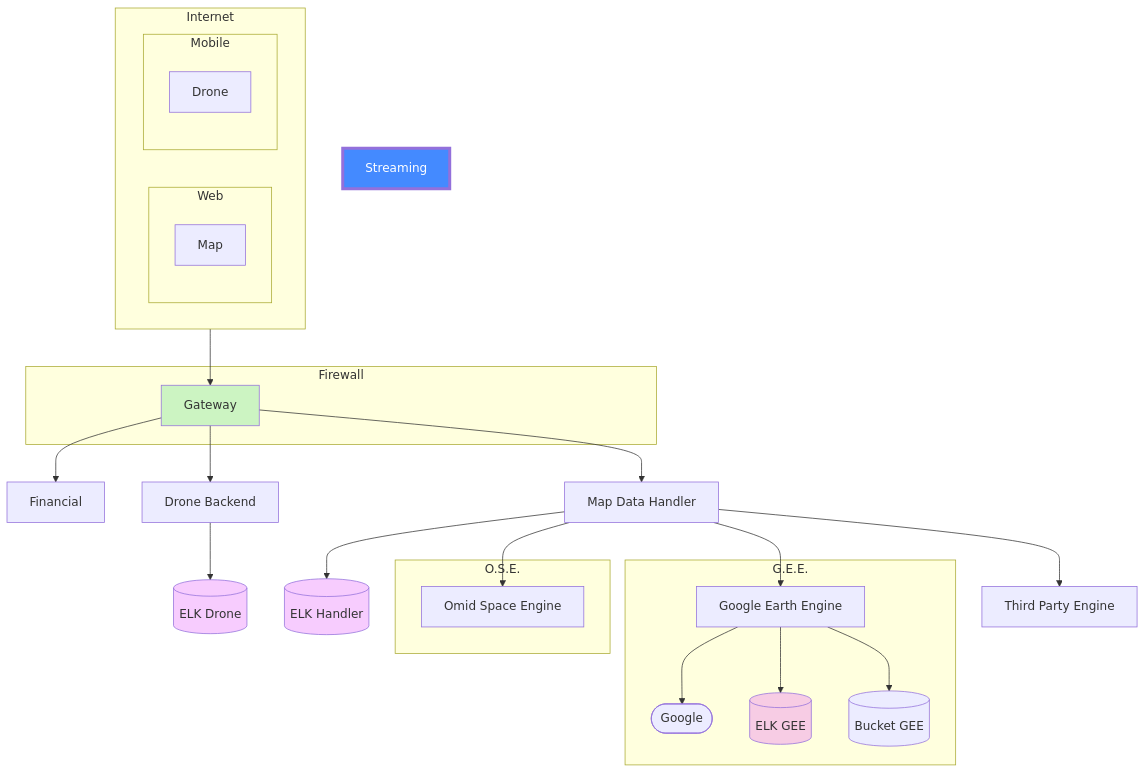
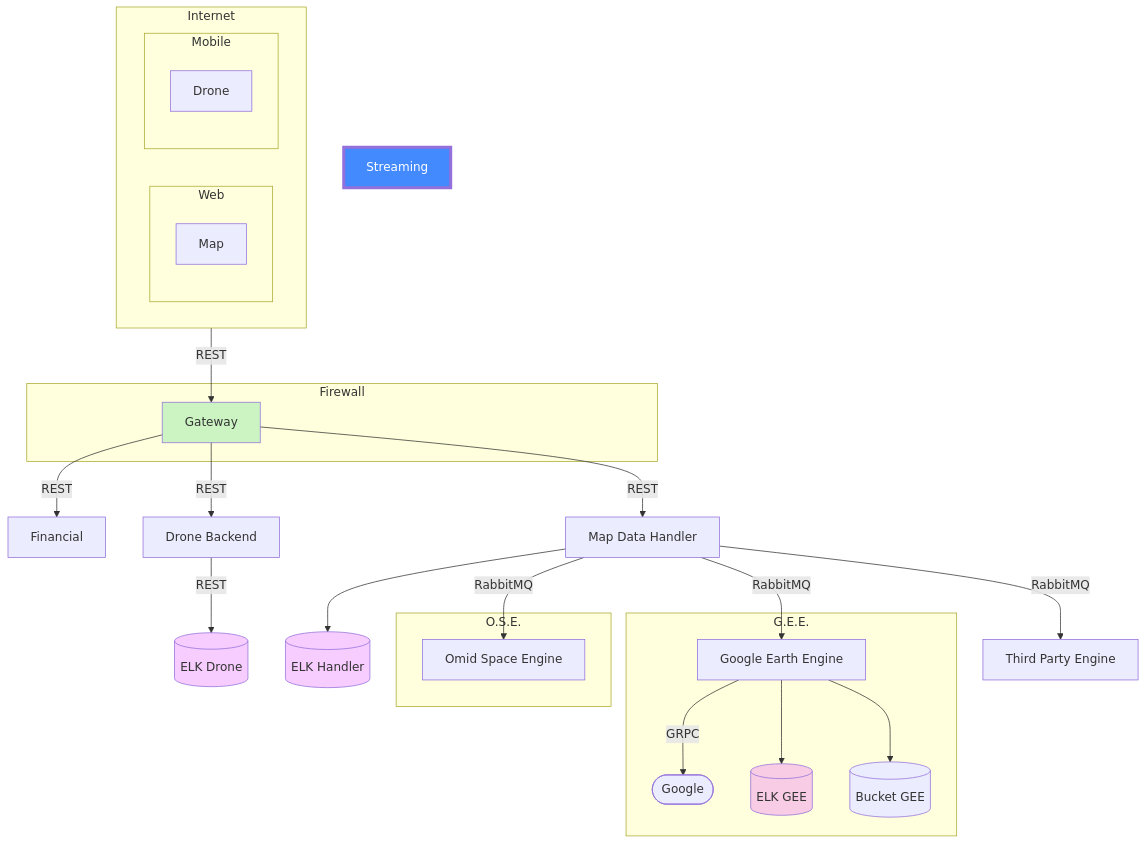
The diagram in docs/Arch.md (spaceomid/Documentation), drawn with Mermaid before and after one commit. The commit also changed 5 other files, not shown here.

````diff
--- a/docs/Arch.md
+++ b/docs/Arch.md
@@ -6,57 +6,55 @@
 ``` mermaid
 flowchart TB
     
-    classDef Aero fill:#d5000033;
     classDef Elk fill:#d500f933;
-    classDef cplus fill:#00c85333;
     
     style Gateway fill:#00c85333
     style Streaming fill:#448aff,stroke-width:4px,color:#fff
     
     subgraph Internet
     
     subgraph Web
     Map
     end
     
     subgraph Mobile
     Drone
     end
     
     end
     
         
     subgraph Firewall
     Gateway
     end
     
-    Internet --> Gateway
-    Gateway --> Financial
-    Gateway --> DroneBackend[Drone Backend]
-    Gateway --> MapDataHandler[Map Data Handler]     
+    Internet --REST--> Gateway
+    Gateway --REST--> Financial
+    Gateway --REST--> DroneBackend[Drone Backend]
+    Gateway --REST--> MapDataHandler[Map Data Handler]     
         
     MapDataHandler --> ELKHandler[(ELK Handler)]:::Elk
-    MapDataHandler --> OSE[Omid Space Engine ]
-    MapDataHandler --> GEE[Google Earth Engine ]
-    MapDataHandler --> TPE[Third Party Engine ]
+    MapDataHandler --RabbitMQ--> OSE[Omid Space Engine ]
+    MapDataHandler --RabbitMQ--> GEE[Google Earth Engine ]
+    MapDataHandler --RabbitMQ--> TPE[Third Party Engine ]
     
     
-    DroneBackend --> ELKDrone[(ELK Drone)]:::Elk
+    DroneBackend --REST--> ELKDrone[(ELK Drone)]:::Elk
      
     subgraph G.E.E.
     GEE
     Google
     BucketGEE
     ELKGEE
     end
     
-    GEE --> Google([Google])
+    GEE --GRPC--> Google([Google])
     GEE --> ELKGEE[(ELK GEE)]:::Elk
     GEE --> BucketGEE[(Bucket GEE)]
     
     
     subgraph O.S.E.
     OSE
     end
     
 ``` 
````
